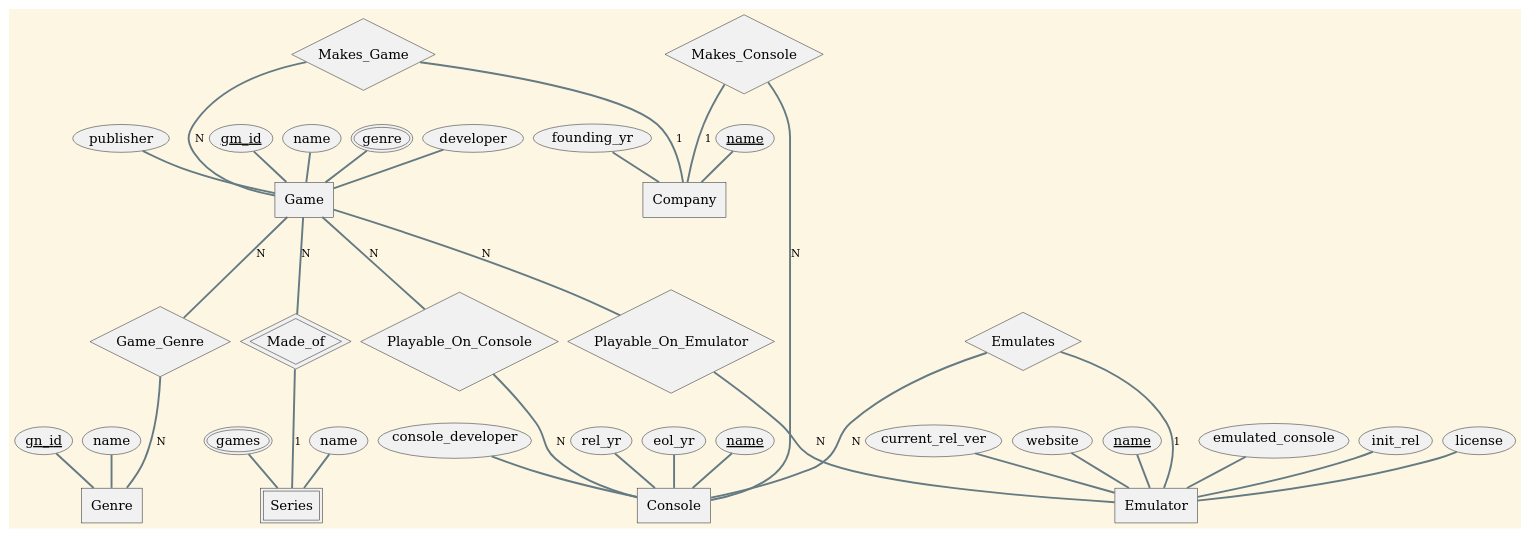
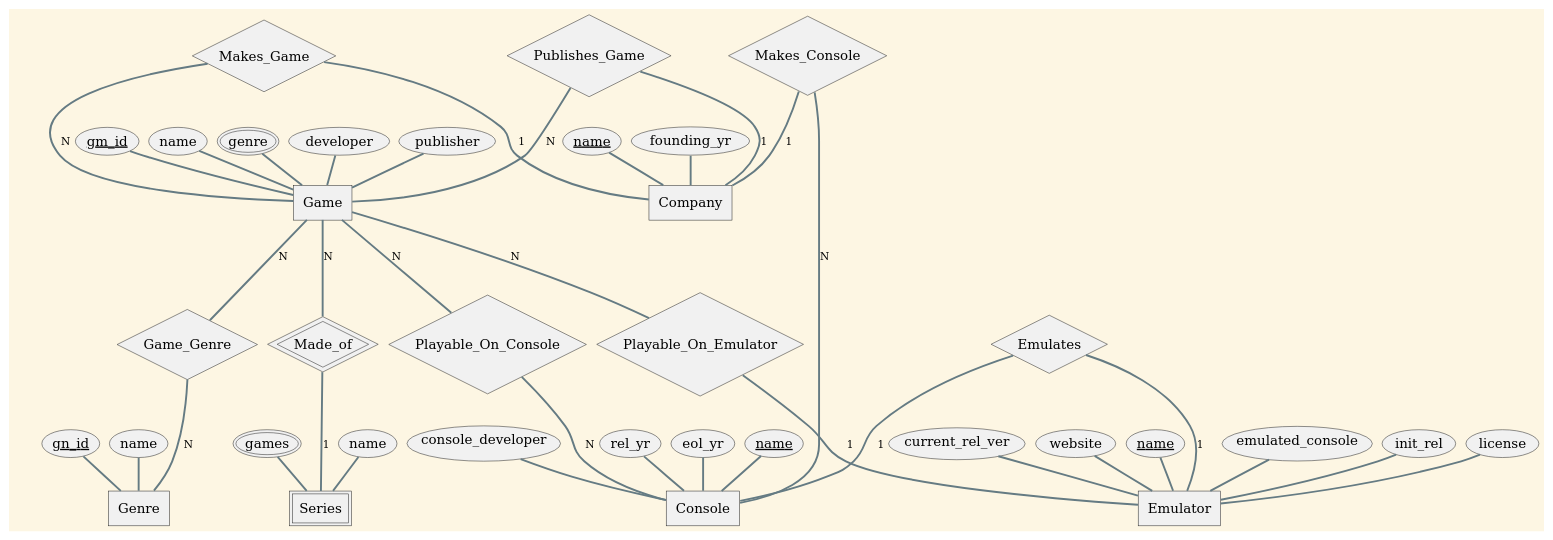
The diagram in eerDiagram.plantuml (AndrewN20/CS4347-005-TeamSupremeVictory-main), drawn with PlantUML before and after one commit.

Commit message:
added Publishes_Game relation

```diff
--- a/eerDiagram.plantuml
+++ b/eerDiagram.plantuml
@@ -1,93 +1,97 @@
 @startchen
 !theme sunlust
 
 'vertical spacing
 skinparam ranksep 30
 'horizontal spacing
 skinparam nodesep 10  
 
 'entity definitions
 entity Game {
         'pk
         gm_id <<key>>
         name
         genre <<multi>>
         'fk
         developer
         'fk
         publisher
 }
 
 entity Series <<weak>> {
         name
         games <<multi>>
 }
 
 entity Genre {
         'pk
         gn_id <<key>>
         name
 }
 
 entity Console {
         'pk
         name <<key>>
         console_developer
         rel_yr
         eol_yr
 }
 
 entity Company{
         'pk
         name <<key>>
         founding_yr
         '... IDK what else to put here
 }
 
 entity Emulator {
         'pk
         name <<key>>
         emulated_console
         init_rel
         license
         current_rel_ver
         website
 }
 'relationship definitions
 relationship "Game_Genre" as gg {
 }
 relationship "Made_of" as MO <<identifying>> {
 }
 relationship "Makes_Game" as mg {
 }
+relationship "Publishes_Game" as pg {
+}
 relationship "Makes_Console" as mc {
 }
 relationship "Playable_On_Console" as ploc {
 }
 relationship "Playable_On_Emulator" as ploe {
 }
 relationship Emulates {
 }
 
 Game -N- MO
 MO =1= Series
 
 Game -N- gg
 gg -N- Genre
 
-
 Game -N- ploc
 ploc -N- Console
+
+Game -N- ploe
+ploe -1- Emulator
 
 mg -1- Company
 mg -N- Game
 
+pg -1- Company
+pg -N- Game
+
 mc -1- Company
 mc -N- Console
 
-Game -N- ploe
-ploe -N- Emulator
-
-Emulates -N- Console
+Emulates -1- Console
 Emulates -1- Emulator
 @endchen
```
